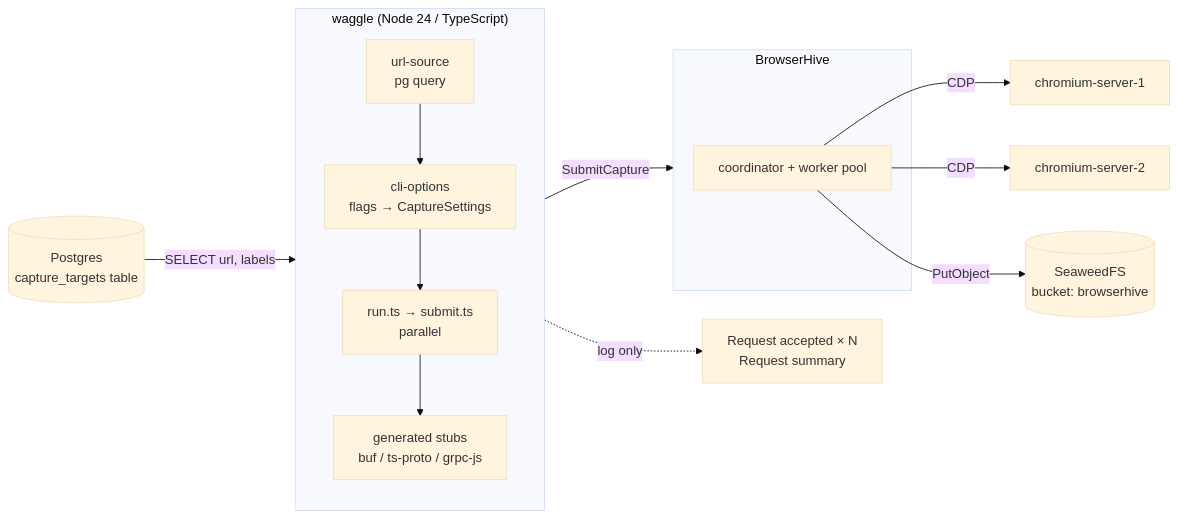
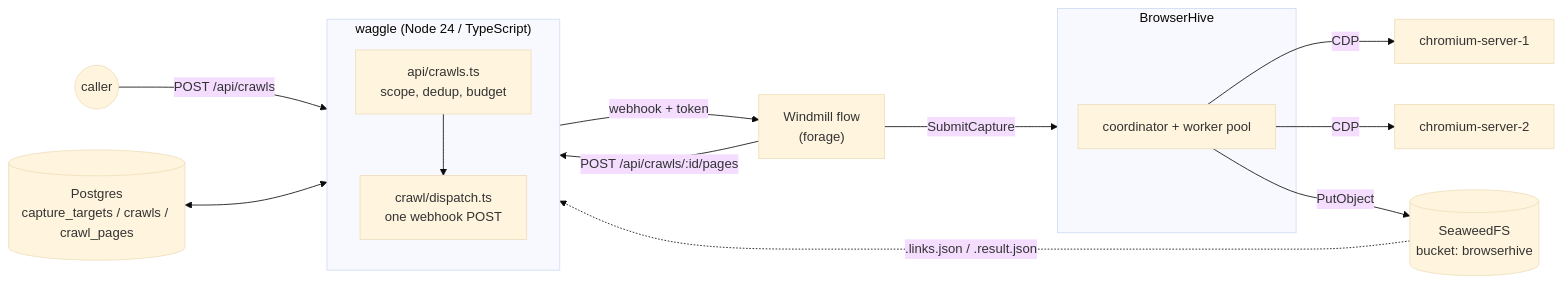
Before and after one commit to uraitakahito/waggle: the first of 2 diagrams in docs-site/src/content/docs/architecture.mdx, drawn with Mermaid (base theme). The commit also changed other lines of this file and 21 other files, not shown here.

````diff
--- a/docs-site/src/content/docs/architecture.mdx
+++ b/docs-site/src/content/docs/architecture.mdx
@@ -8,18 +8,21 @@
 ```mermaid
 flowchart LR
-  PG[("Postgres<br/>capture_targets table")] -->|SELECT url, labels| W
+  U((caller)) -->|"POST /api/crawls"| W
+  PG[("Postgres<br/>capture_targets / crawls / crawl_pages")] <--> W
   subgraph W["waggle (Node 24 / TypeScript)"]
     direction TB
-    US[url-source<br/>pg query] --> CO[cli-options<br/>flags → CaptureSettings]
-    CO --> RUN[run.ts → submit.ts<br/>parallel]
-    RUN --> SDK[generated stubs<br/>buf / ts-proto / grpc-js]
+    API["api/crawls.ts<br/>scope, dedup, budget"]
+    DIS["crawl/dispatch.ts<br/>one webhook POST"]
+    API --> DIS
   end
-  SDK -->|SubmitCapture| BH
+  DIS -->|"webhook + token"| WM["Windmill flow<br/>(forage)"]
+  WM -->|SubmitCapture| BH
   subgraph BH["BrowserHive"]
     COORD[coordinator + worker pool]
   end
   COORD -->|CDP| C1[chromium-server-1]
   COORD -->|CDP| C2[chromium-server-2]
   COORD -->|PutObject| S3[(SeaweedFS<br/>bucket: browserhive)]
-  W -.->|log only| OUT["Request accepted × N<br/>Request summary"]
+  WM -->|"POST /api/crawls/:id/pages"| API
+  S3 -.->|".links.json / .result.json"| API
 ```
````
